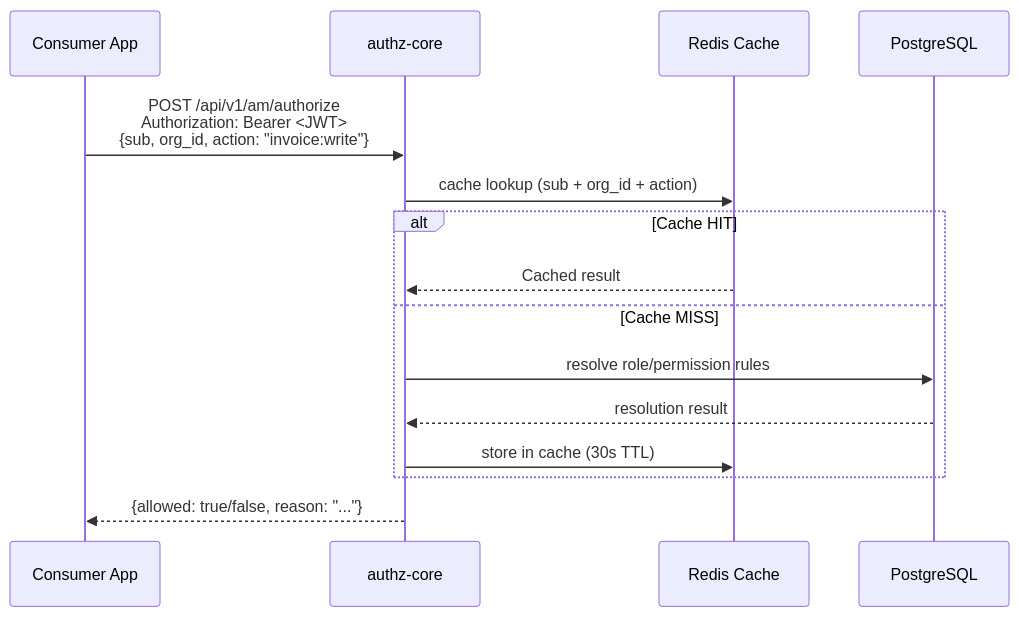
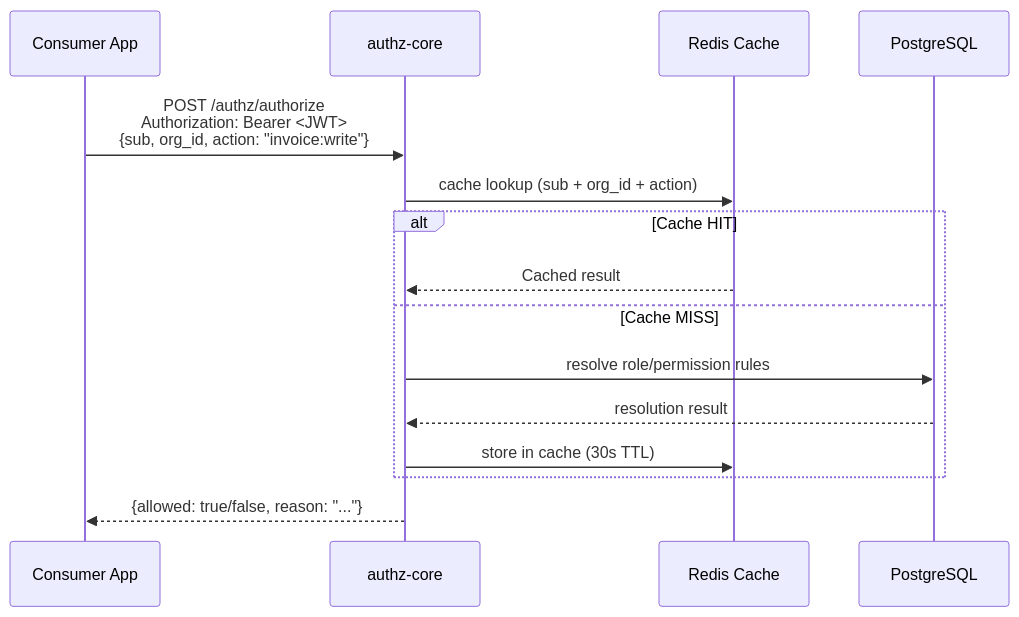
One commit to microscaler/sesame-idam changed the third of 6 diagrams in docs/service-topology-design.md. Above: the diagram before and after it, drawn with Mermaid. The commit also changed other lines of this file and 23 other files, not shown here.

````diff
--- a/docs/service-topology-design.md
+++ b/docs/service-topology-design.md
@@ -116,21 +116,21 @@
 ```mermaid
 sequenceDiagram
     participant Consumer as Consumer App
     participant AC as authz-core
     participant Redis as Redis Cache
     participant PG as PostgreSQL
 
-    Consumer->>AC: POST /api/v1/am/authorize<br/>Authorization: Bearer <JWT><br/>{sub, org_id, action: "invoice:write"}
+    Consumer->>AC: POST /authz/authorize<br/>Authorization: Bearer <JWT><br/>{sub, org_id, action: "invoice:write"}
 
     AC->>Redis: cache lookup (sub + org_id + action)
 
     alt Cache HIT
         Redis-->>AC: Cached result
     else Cache MISS
         AC->>PG: resolve role/permission rules
         PG-->>AC: resolution result
         AC->>Redis: store in cache (30s TTL)
     end
 
     AC-->>Consumer: {allowed: true/false, reason: "..."}
 ```
````
